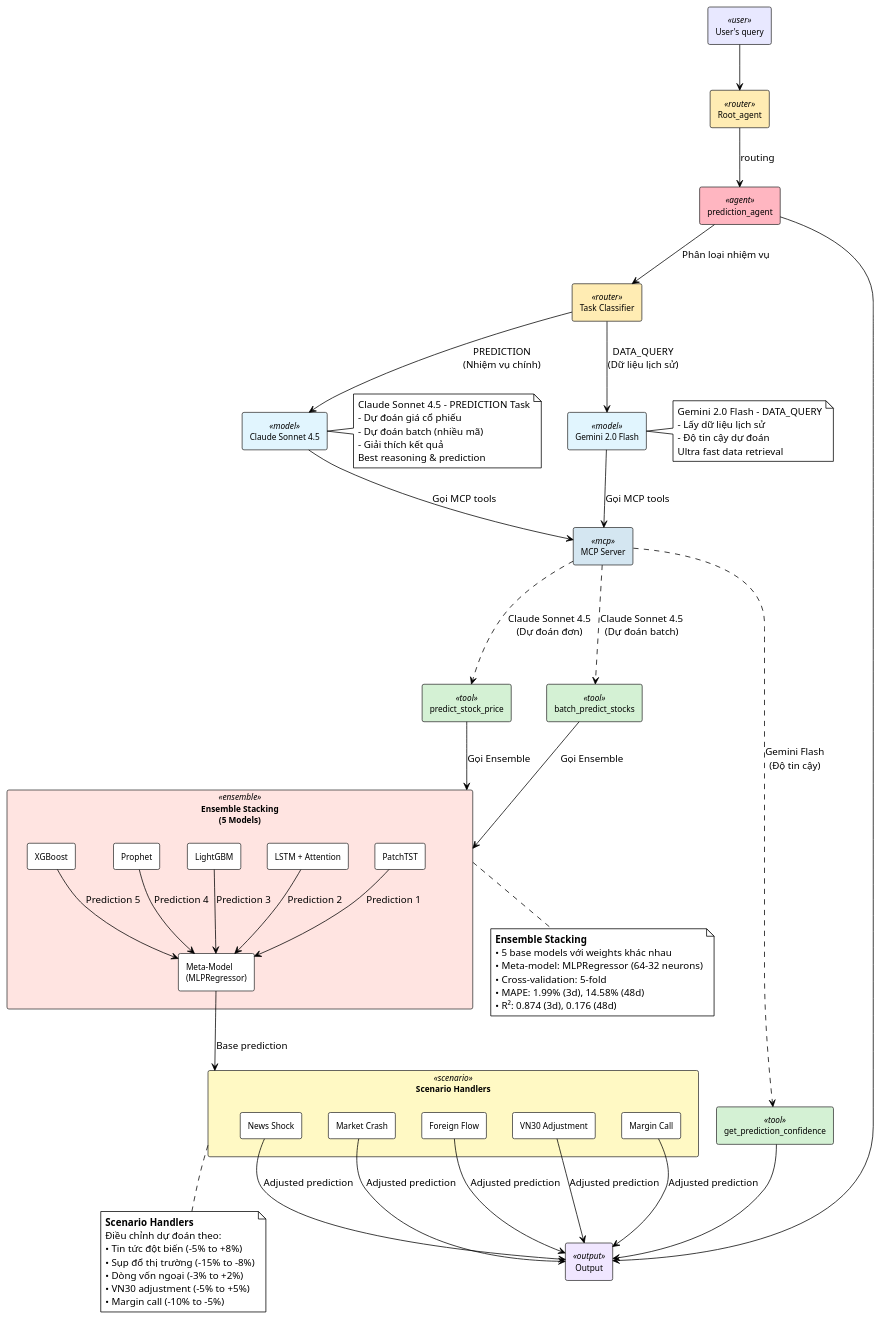
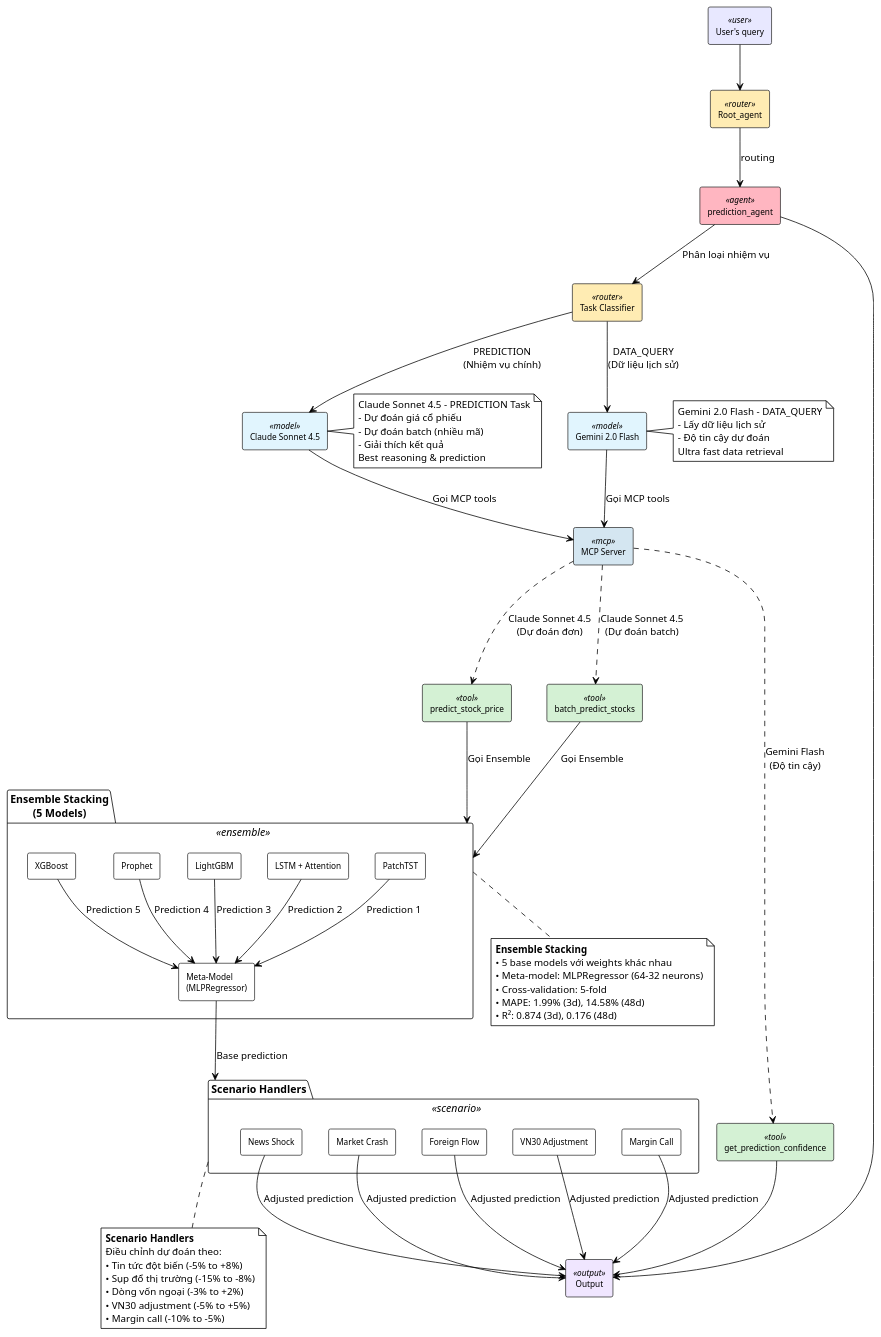
One commit to GiangNV-HUST/DATN changed the diagram in diagrams/agent_diagrams/prediction_agent_multi_model.puml. Above: the diagram before and after it, drawn with PlantUML. The commit also changed 22 other files, not shown here.

First line of the commit message:
fix: Fix PlantUML nested rectangle syntax errors

```diff
--- a/diagrams/agent_diagrams/prediction_agent_multi_model.puml
+++ b/diagrams/agent_diagrams/prediction_agent_multi_model.puml
@@ -2,124 +2,124 @@
 @startuml prediction_agent_multi_model
 !theme plain
 skinparam backgroundColor #FFFFFF
 skinparam shadowing false
 skinparam defaultFontName "Times New Roman"
 
 skinparam rectangle {
     BackgroundColor<<user>> #E8E8FF
     BackgroundColor<<router>> #FFECB3
     BackgroundColor<<agent>> #FFB6C1
     BackgroundColor<<model>> #E1F5FE
     BackgroundColor<<mcp>> #D4E6F1
     BackgroundColor<<tool>> #D4F1D4
     BackgroundColor<<ensemble>> #FFE4E1
     BackgroundColor<<scenario>> #FFF9C4
     BackgroundColor<<output>> #F0E6FF
     BorderColor #333333
     FontSize 11
 }
 
 rectangle "User's query" as query <<user>>
 rectangle "Root_agent" as root <<router>>
 rectangle "prediction_agent" as pred_agent <<agent>>
 
 rectangle "Task Classifier" as selector <<router>>
 
 rectangle "Claude Sonnet 4.5" as claude_sonnet <<model>>
 rectangle "Gemini 2.0 Flash" as gemini_flash <<model>>
 
 rectangle "MCP Server" as mcp <<mcp>>
 rectangle "Output" as output <<output>>
 
 rectangle "predict_stock_price" as predict <<tool>>
 rectangle "batch_predict_stocks" as batch_predict <<tool>>
 rectangle "get_prediction_confidence" as confidence <<tool>>
 
-rectangle "Ensemble Stacking\n(5 Models)" as ensemble <<ensemble>> {
+package "Ensemble Stacking\n(5 Models)" as ensemble <<ensemble>> {
     rectangle "PatchTST" as patchtst
     rectangle "LSTM + Attention" as lstm
     rectangle "LightGBM" as lgbm
     rectangle "Prophet" as prophet
     rectangle "XGBoost" as xgb
     rectangle "Meta-Model\n(MLPRegressor)" as meta
 }
 
-rectangle "Scenario Handlers" as handlers <<scenario>> {
+package "Scenario Handlers" as handlers <<scenario>> {
     rectangle "News Shock" as news
     rectangle "Market Crash" as crash
     rectangle "Foreign Flow" as foreign
     rectangle "VN30 Adjustment" as vn30
     rectangle "Margin Call" as margin
 }
 
 query --> root
 root --> pred_agent : "routing"
 
 pred_agent --> selector : "Phân loại nhiệm vụ"
 
 selector --> claude_sonnet : "PREDICTION\n(Nhiệm vụ chính)"
 selector --> gemini_flash : "DATA_QUERY\n(Dữ liệu lịch sử)"
 
 claude_sonnet --> mcp : "Gọi MCP tools"
 gemini_flash --> mcp : "Gọi MCP tools"
 
 mcp -.-> predict : "Claude Sonnet 4.5\n(Dự đoán đơn)"
 mcp -.-> batch_predict : "Claude Sonnet 4.5\n(Dự đoán batch)"
 mcp -.-> confidence : "Gemini Flash\n(Độ tin cậy)"
 
 predict --> ensemble : "Gọi Ensemble"
 batch_predict --> ensemble : "Gọi Ensemble"
 
 patchtst --> meta : "Prediction 1"
 lstm --> meta : "Prediction 2"
 lgbm --> meta : "Prediction 3"
 prophet --> meta : "Prediction 4"
 xgb --> meta : "Prediction 5"
 
 meta --> handlers : "Base prediction"
 
 news --> output : "Adjusted prediction"
 crash --> output : "Adjusted prediction"
 foreign --> output : "Adjusted prediction"
 vn30 --> output : "Adjusted prediction"
 margin --> output : "Adjusted prediction"
 
 confidence --> output
 
 pred_agent --> output
 
 note right of claude_sonnet
   Claude Sonnet 4.5 - PREDICTION Task
   - Dự đoán giá cổ phiếu
   - Dự đoán batch (nhiều mã)
   - Giải thích kết quả
   Best reasoning & prediction
 end note
 
 note right of gemini_flash
   Gemini 2.0 Flash - DATA_QUERY
   - Lấy dữ liệu lịch sử
   - Độ tin cậy dự đoán
   Ultra fast data retrieval
 end note
 
 note bottom of ensemble
   **Ensemble Stacking**
   • 5 base models với weights khác nhau
   • Meta-model: MLPRegressor (64-32 neurons)
   • Cross-validation: 5-fold
   • MAPE: 1.99% (3d), 14.58% (48d)
   • R²: 0.874 (3d), 0.176 (48d)
 end note
 
 note bottom of handlers
   **Scenario Handlers**
   Điều chỉnh dự đoán theo:
   • Tin tức đột biến (-5% to +8%)
   • Sụp đổ thị trường (-15% to -8%)
   • Dòng vốn ngoại (-3% to +2%)
   • VN30 adjustment (-5% to +5%)
   • Margin call (-10% to -5%)
 end note
 
 @enduml
```
